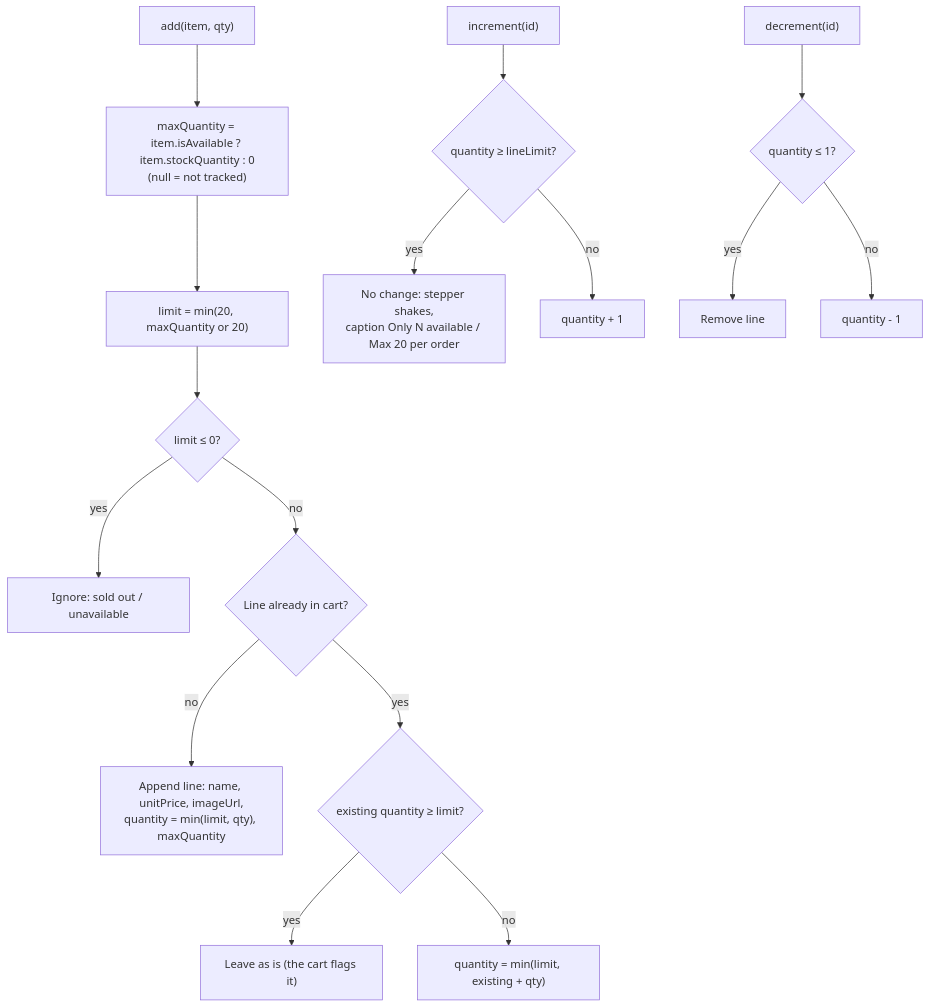
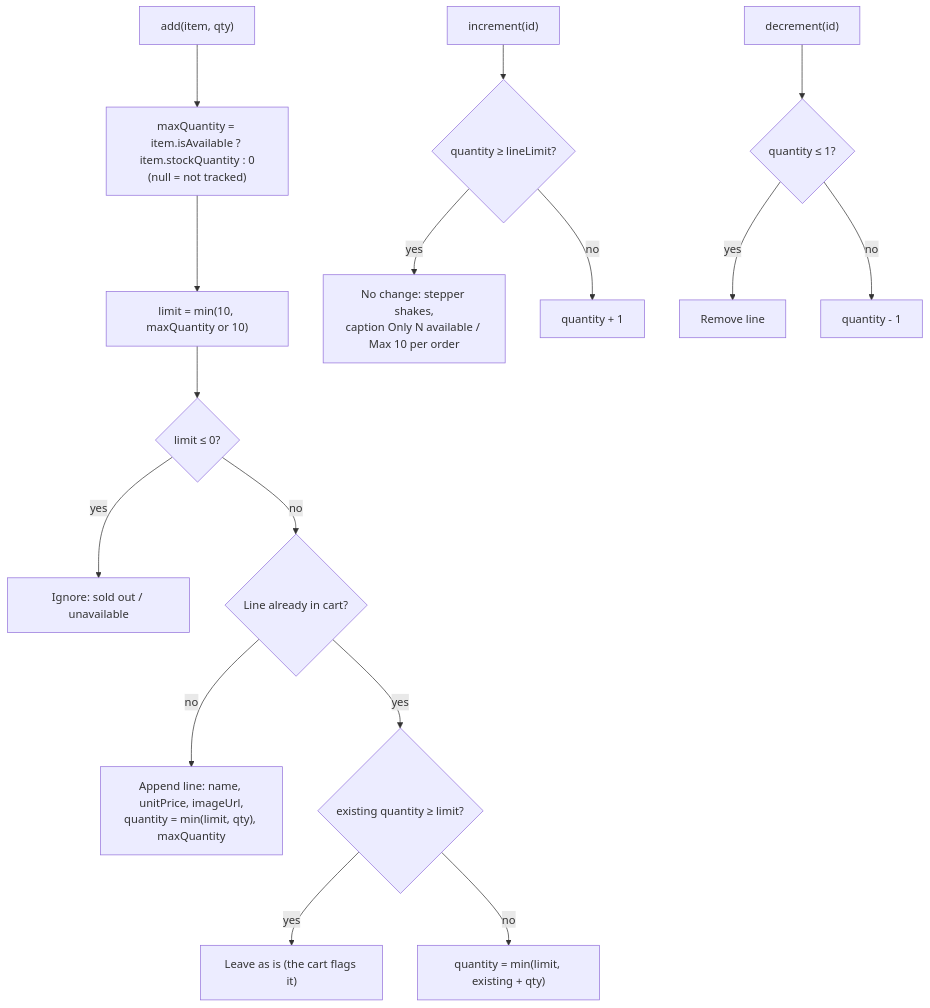
One commit to The-KhaNha/KhaNha changed the tenth of 27 diagrams in docs/ARCHITECTURE.md. Above: the diagram before and after it, drawn with Mermaid. The commit also changed other lines of this file and 69 other files, not shown here.

````diff
--- a/docs/ARCHITECTURE.md
+++ b/docs/ARCHITECTURE.md
@@ -409,19 +426,19 @@
 ```mermaid
 flowchart TD
   Add["add(item, qty)"] --> Avail["maxQuantity = item.isAvailable ? item.stockQuantity : 0<br/>(null = not tracked)"]
-  Avail --> Limit["limit = min(20, maxQuantity or 20)"]
+  Avail --> Limit["limit = min(10, maxQuantity or 10)"]
   Limit --> Zero{"limit ≤ 0?"}
   Zero -->|"yes"| NoOp["Ignore: sold out / unavailable"]
   Zero -->|"no"| Exists{"Line already in cart?"}
   Exists -->|"no"| NewLine["Append line: name, unitPrice, imageUrl,<br/>quantity = min(limit, qty), maxQuantity"]
   Exists -->|"yes"| Over{"existing quantity ≥ limit?"}
   Over -->|"yes"| Keep["Leave as is (the cart flags it)"]
   Over -->|"no"| TopUp["quantity = min(limit, existing + qty)"]
 
   Inc["increment(id)"] --> AtLimit{"quantity ≥ lineLimit?"}
-  AtLimit -->|"yes"| Shake["No change: stepper shakes,<br/>caption Only N available / Max 20 per order"]
+  AtLimit -->|"yes"| Shake["No change: stepper shakes,<br/>caption Only N available / Max 10 per order"]
   AtLimit -->|"no"| Plus["quantity + 1"]
   Dec["decrement(id)"] --> One{"quantity ≤ 1?"}
   One -->|"yes"| Remove["Remove line"]
   One -->|"no"| Minus["quantity - 1"]
 ```
````
